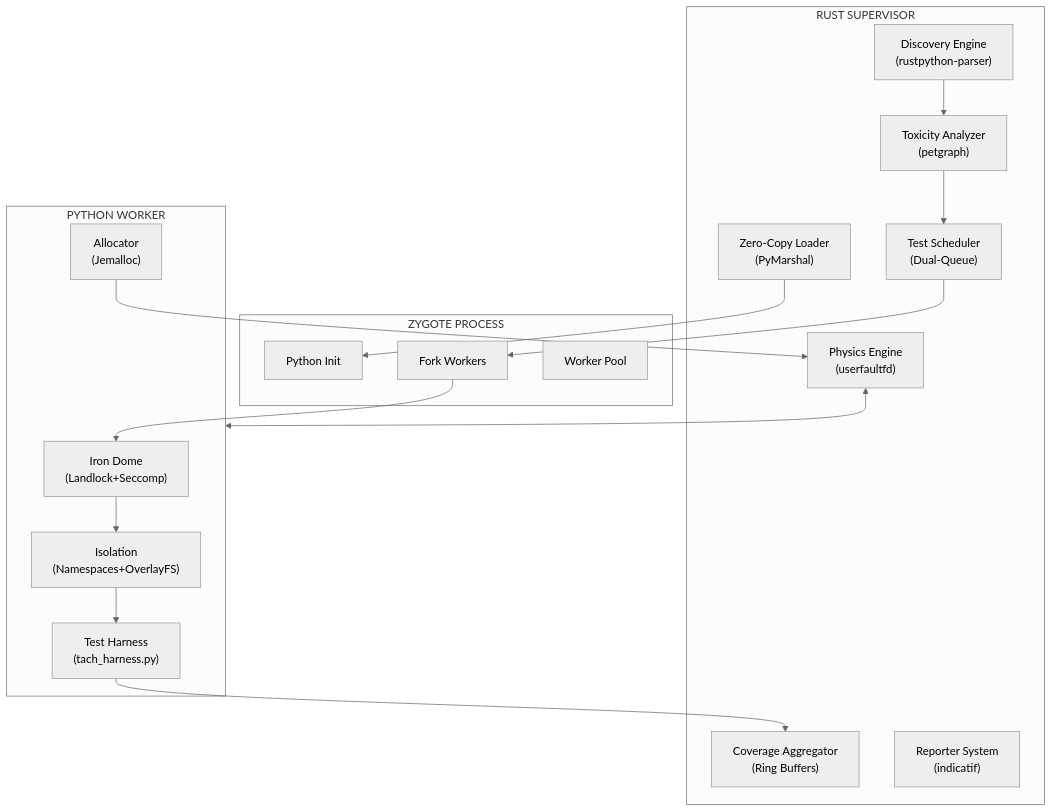
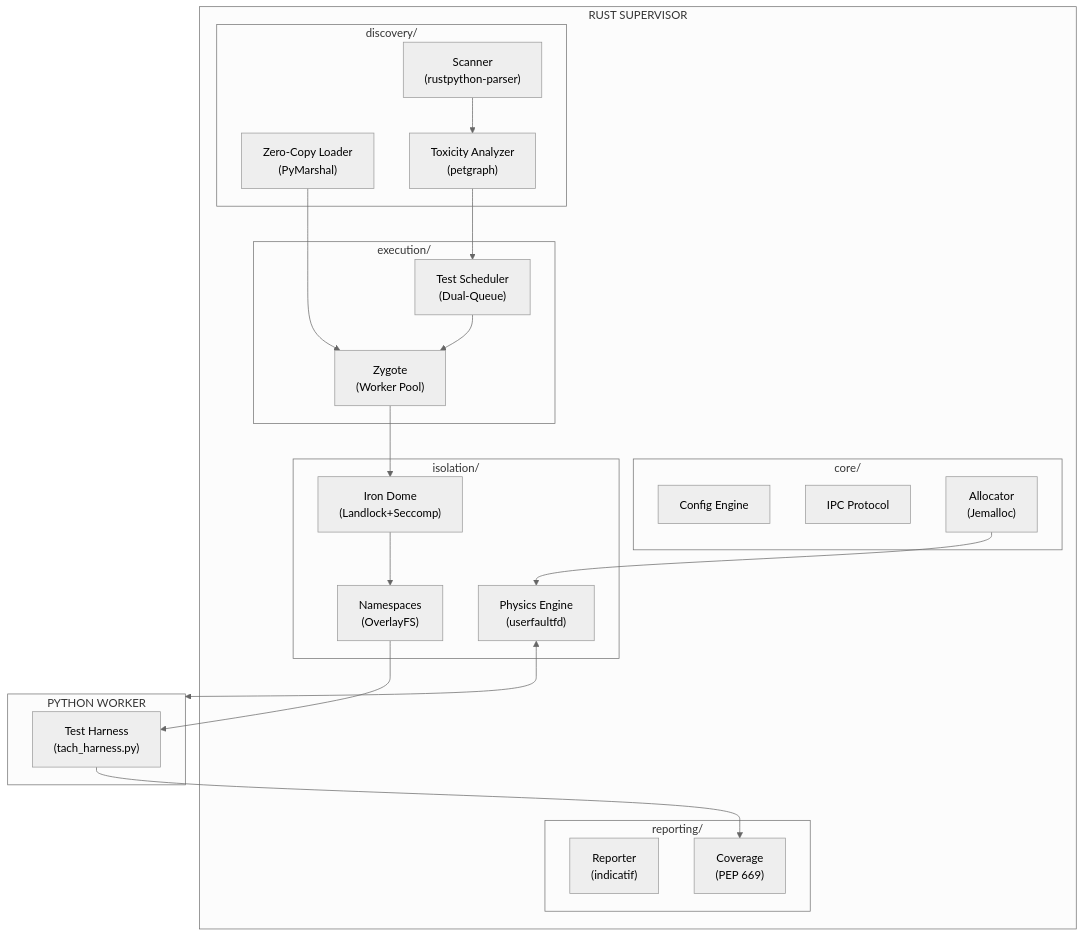
The second of 2 diagrams in README.md (NikkeTryHard/tach-core), drawn with Mermaid (neutral theme) before and after one commit. The commit also changed other lines of this file and 4 other files, not shown here.

````diff
--- a/README.md
+++ b/README.md
@@ -92,33 +139,44 @@
 ```mermaid
 flowchart TB
     subgraph Supervisor["RUST SUPERVISOR"]
-        Discovery["Discovery Engine<br/>(rustpython-parser)"]
-        Toxicity["Toxicity Analyzer<br/>(petgraph)"]
-        Loader["Zero-Copy Loader<br/>(PyMarshal)"]
-        Scheduler["Test Scheduler<br/>(Dual-Queue)"]
-        Snapshot["Physics Engine<br/>(userfaultfd)"]
-        Coverage["Coverage Aggregator<br/>(Ring Buffers)"]
-        Reporter["Reporter System<br/>(indicatif)"]
-    end
+        subgraph Core["core/"]
+            Config["Config Engine"]
+            Protocol["IPC Protocol"]
+            Allocator["Allocator<br/>(Jemalloc)"]
+        end
 
-    subgraph Zygote["ZYGOTE PROCESS"]
-        Init["Python Init"]
-        Fork["Fork Workers"]
-        Pool["Worker Pool"]
+        subgraph DiscoveryMod["discovery/"]
+            Scanner["Scanner<br/>(rustpython-parser)"]
+            Analysis["Toxicity Analyzer<br/>(petgraph)"]
+            Loader["Zero-Copy Loader<br/>(PyMarshal)"]
+        end
+
+        subgraph Execution["execution/"]
+            Scheduler["Test Scheduler<br/>(Dual-Queue)"]
+            Zygote["Zygote<br/>(Worker Pool)"]
+        end
+
+        subgraph IsolationMod["isolation/"]
+            Sandbox["Iron Dome<br/>(Landlock+Seccomp)"]
+            Namespace["Namespaces<br/>(OverlayFS)"]
+            Snapshot["Physics Engine<br/>(userfaultfd)"]
+        end
+
+        subgraph Reporting["reporting/"]
+            Reporter["Reporter<br/>(indicatif)"]
+            Coverage["Coverage<br/>(PEP 669)"]
+        end
     end
 
     subgraph Worker["PYTHON WORKER"]
-        Sandbox["Iron Dome<br/>(Landlock+Seccomp)"]
-        Isolation["Isolation<br/>(Namespaces+OverlayFS)"]
         Harness["Test Harness<br/>(tach_harness.py)"]
-        Allocator["Allocator<br/>(Jemalloc)"]
     end
 
-    Discovery --> Toxicity --> Scheduler
-    Loader --> Init
-    Scheduler --> Fork
-    Fork --> Sandbox --> Isolation --> Harness
+    Scanner --> Analysis --> Scheduler
+    Loader --> Zygote
+    Scheduler --> Zygote
+    Zygote --> Sandbox --> Namespace --> Harness
     Harness --> Coverage
     Snapshot <--> Worker
     Allocator --> Snapshot
 ```
````
